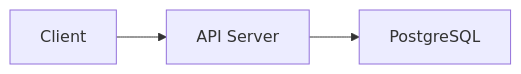
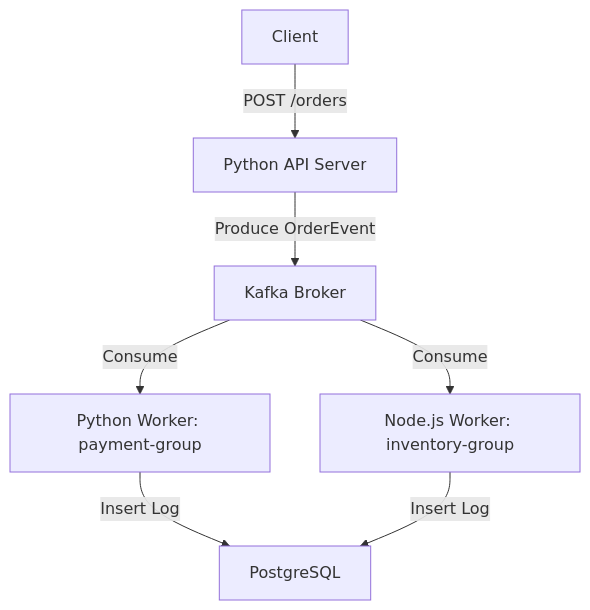
One commit to Changsik00/message-queue changed the diagram in specs/spec-2-001-kafka-impl/pr_description.md. Above: the diagram before and after it, drawn with Mermaid. The commit also changed other lines of this file, not shown here.

````diff
--- a/specs/spec-2-001-kafka-impl/pr_description.md
+++ b/specs/spec-2-001-kafka-impl/pr_description.md
@@ -14,5 +15,9 @@
 ```mermaid
-graph LR
-   A[Client] --> B[API Server]
-   B --> C[PostgreSQL]
+graph TD
+    A[Client] -->|POST /orders| B[Python API Server]
+    B -->|Produce OrderEvent| C[Kafka Broker]
+    C -->|Consume| D[Python Worker: payment-group]
+    C -->|Consume| E[Node.js Worker: inventory-group]
+    D -->|Insert Log| F[PostgreSQL]
+    E -->|Insert Log| F
 ```
````
